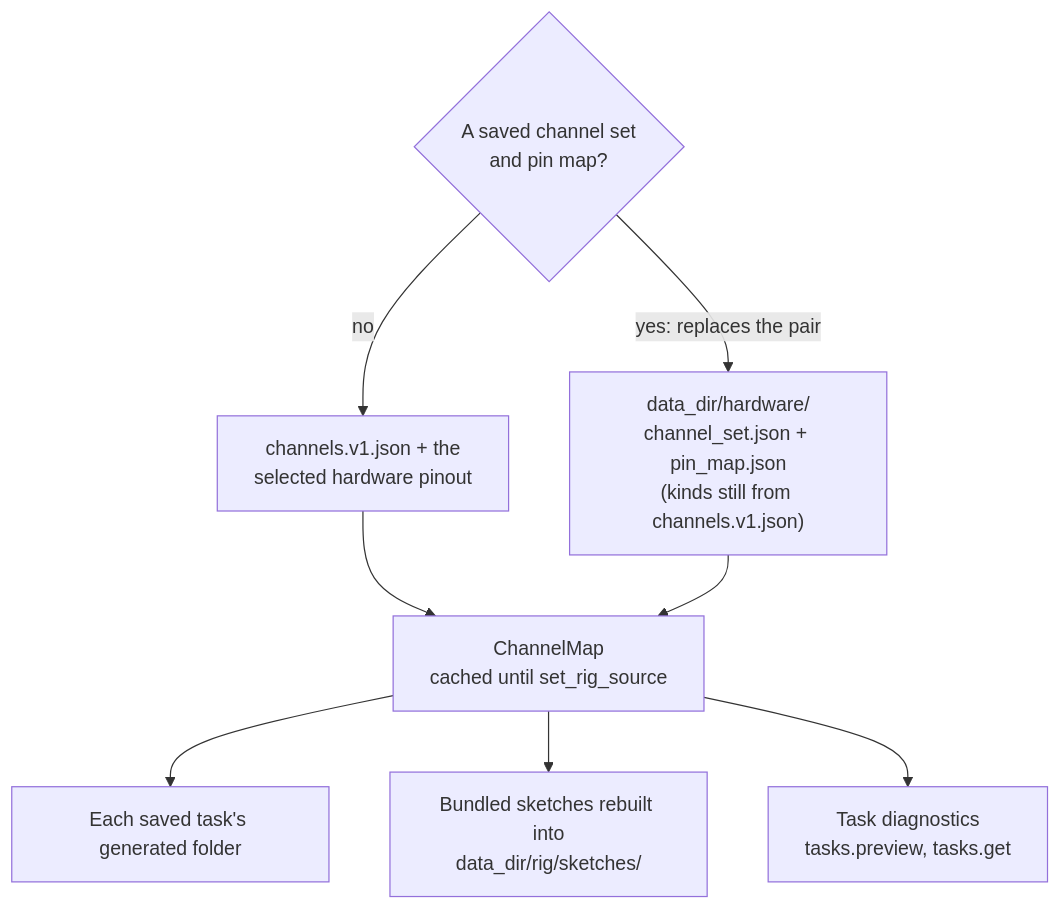
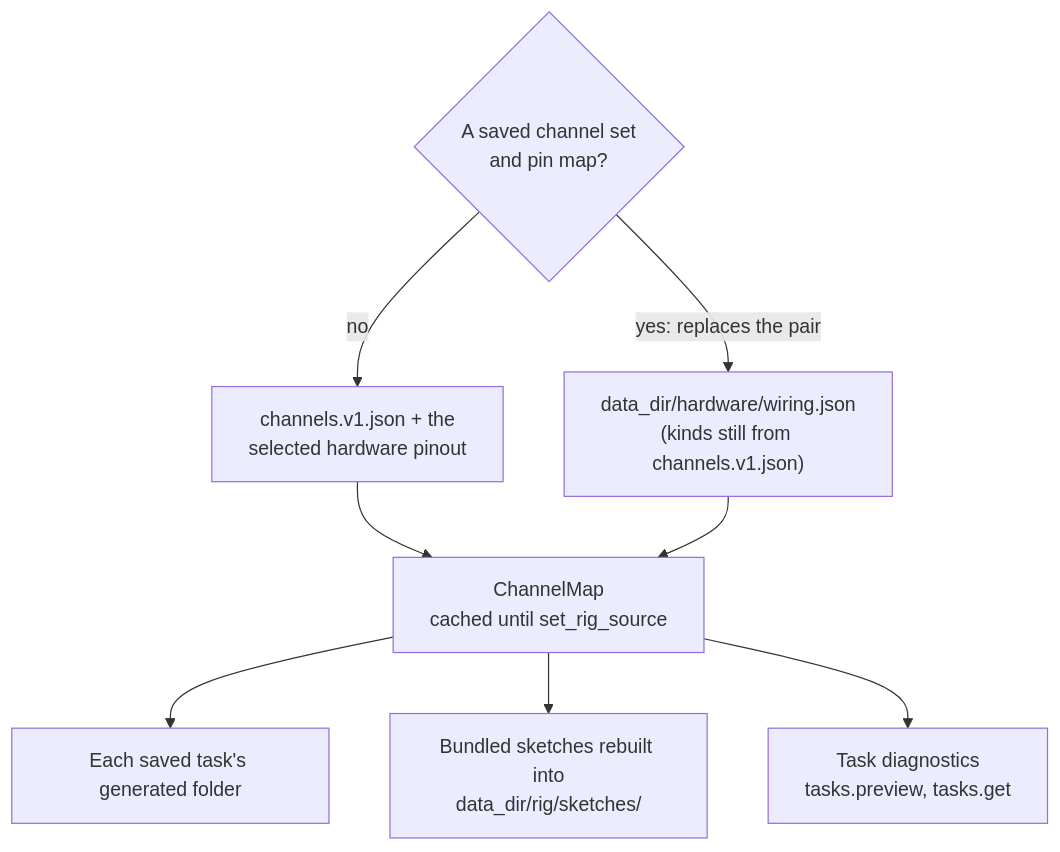
One commit to Chase-NJ/Ephymeris changed the fourth of 7 diagrams in docs/TASKS.md. Above: the diagram before and after it, drawn with Mermaid. The commit also changed other lines of this file and 21 other files, not shown here.

First line of the commit message:
Save the rig wiring as one atomic file, and block a box on bad wiring (#128)

````diff
--- a/docs/TASKS.md
+++ b/docs/TASKS.md
@@ -605,11 +613,11 @@
 ```mermaid
 flowchart TD
     saved{"A saved channel set<br/>and pin map?"}
     saved -->|no| shipped["channels.v1.json + the<br/>selected hardware pinout"]
-    saved -->|"yes: replaces the pair"| rig["data_dir/hardware/<br/>channel_set.json + pin_map.json<br/>(kinds still from channels.v1.json)"]
+    saved -->|"yes: replaces the pair"| rig["data_dir/hardware/wiring.json<br/>(kinds still from channels.v1.json)"]
     shipped --> map["ChannelMap<br/>cached until set_rig_source"]
     rig --> map
     map --> taskPins["Each saved task's generated folder"]
     map --> bundledPins["Bundled sketches rebuilt into<br/>data_dir/rig/sketches/"]
     map --> diagnostics["Task diagnostics<br/>tasks.preview, tasks.get"]
 ```
````
